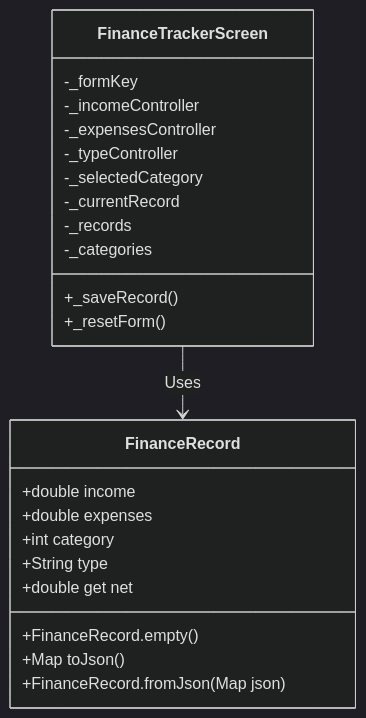
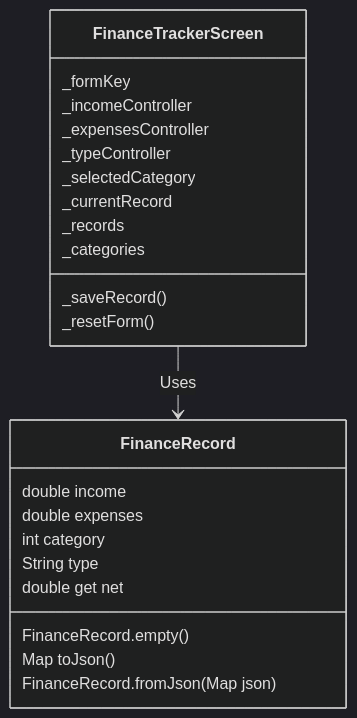
Before and after one commit to andres3204/Finance_Tracker_Final: the diagram in README.md, drawn with Mermaid (dark theme). The commit also changed other lines of this file, not shown here.

Commit message:
Changed some of the mermaid readme data.

````diff
--- a/README.md
+++ b/README.md
@@ -13,28 +12,28 @@
 ```mermaid
 classDiagram
     class FinanceRecord {
-        +double income
-        +double expenses
-        +int category
-        +String type
-        +FinanceRecord.empty()
-        +double get net
-        +Map<String, dynamic> toJson()
-        +FinanceRecord.fromJson(Map<String, dynamic> json)
+        double income
+        double expenses
+        int category
+        String type
+        FinanceRecord.empty()
+        double get net
+        Map<String, dynamic> toJson()
+        FinanceRecord.fromJson(Map<String, dynamic> json)
     }
 
     class FinanceTrackerScreen {
-        -_formKey
-        -_incomeController
-        -_expensesController
-        -_typeController
-        -_selectedCategory
-        -_currentRecord
-        -_records
-        -_categories
-        +_saveRecord()
-        +_resetForm()
+        _formKey
+        _incomeController
+        _expensesController
+        _typeController
+        _selectedCategory
+        _currentRecord
+        _records
+        _categories
+        _saveRecord()
+        _resetForm()
     }
 
     FinanceTrackerScreen --> FinanceRecord : Uses
 ```
````
